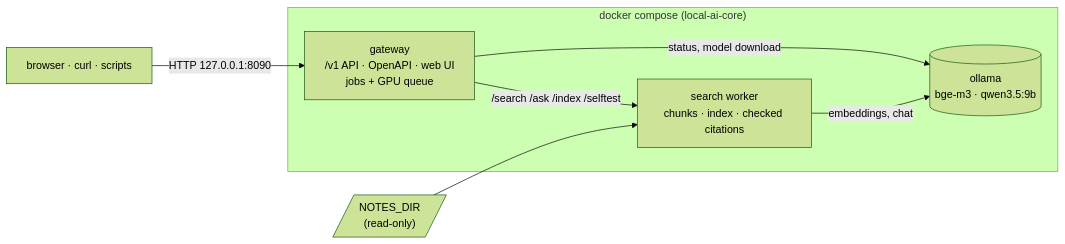
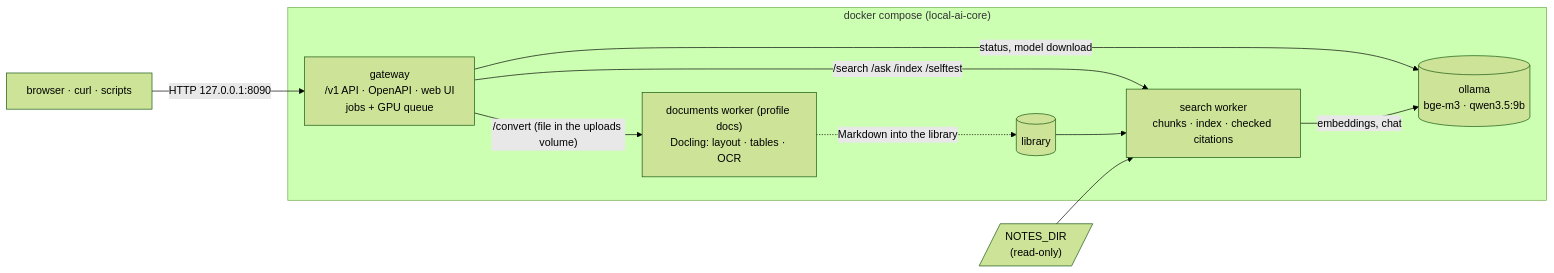
Before and after one commit to manzolo/local-ai-core: the first of 2 diagrams in docs/architecture.md, drawn with Mermaid (forest theme). The commit also changed other lines of this file and 50 other files, not shown here.

First line of the commit message:
Phase 2: documents to Markdown with Docling, library, documents → search → ask

````diff
--- a/docs/architecture.md
+++ b/docs/architecture.md
@@ -8,13 +8,17 @@
 ```mermaid
 flowchart LR
     U["browser · curl · scripts"] -->|"HTTP 127.0.0.1:8090"| G
     subgraph stack["docker compose (local-ai-core)"]
         G["gateway<br/>/v1 API · OpenAPI · web UI<br/>jobs + GPU queue"]
         S["search worker<br/>chunks · index · checked citations"]
+        D["documents worker (profile docs)<br/>Docling: layout · tables · OCR"]
+        G -->|"/convert (file in the uploads volume)"| D
+        D -.->|"Markdown into the library"| L[("library")]
+        L --> S
         O[("ollama<br/>bge-m3 · qwen3.5:9b")]
         G -->|"/search /ask /index /selftest"| S
         S -->|"embeddings, chat"| O
         G -->|"status, model download"| O
     end
     N[/"NOTES_DIR<br/>(read-only)"/] --> S
 ```
````
